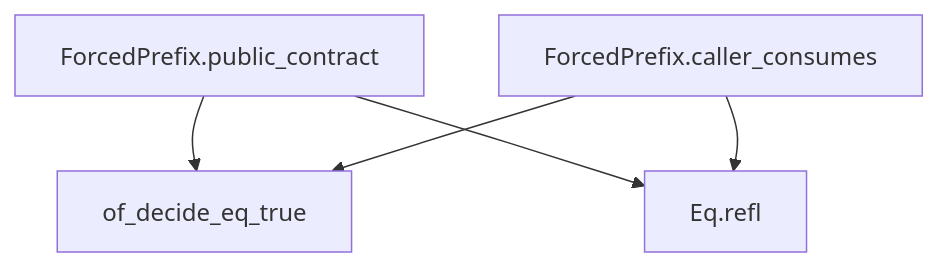
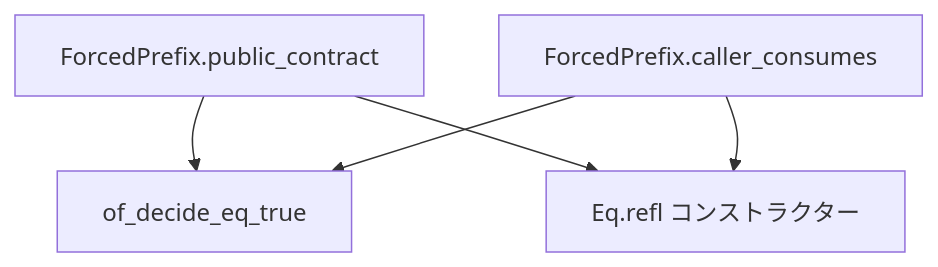
One commit to tett23/golem changed the first of 2 diagrams in docs/research/0483-forced-prefix-placement.md. Above: the diagram before and after it, drawn with Mermaid. The commit also changed other lines of this file, not shown here.

Commit message:
docs: distinguish equality constructors from proof dependencies

````diff
--- a/docs/research/0483-forced-prefix-placement.md
+++ b/docs/research/0483-forced-prefix-placement.md
@@ -83,7 +84,7 @@
 ```mermaid
 flowchart TD
   public_contract[ForcedPrefix.public_contract] --> of_decide_eq_true
   caller_consumes[ForcedPrefix.caller_consumes] --> of_decide_eq_true
-  public_contract --> Eq.refl
-  caller_consumes --> Eq.refl
+  public_contract --> refl[Eq.refl コンストラクター]
+  caller_consumes --> refl
 ```
````
